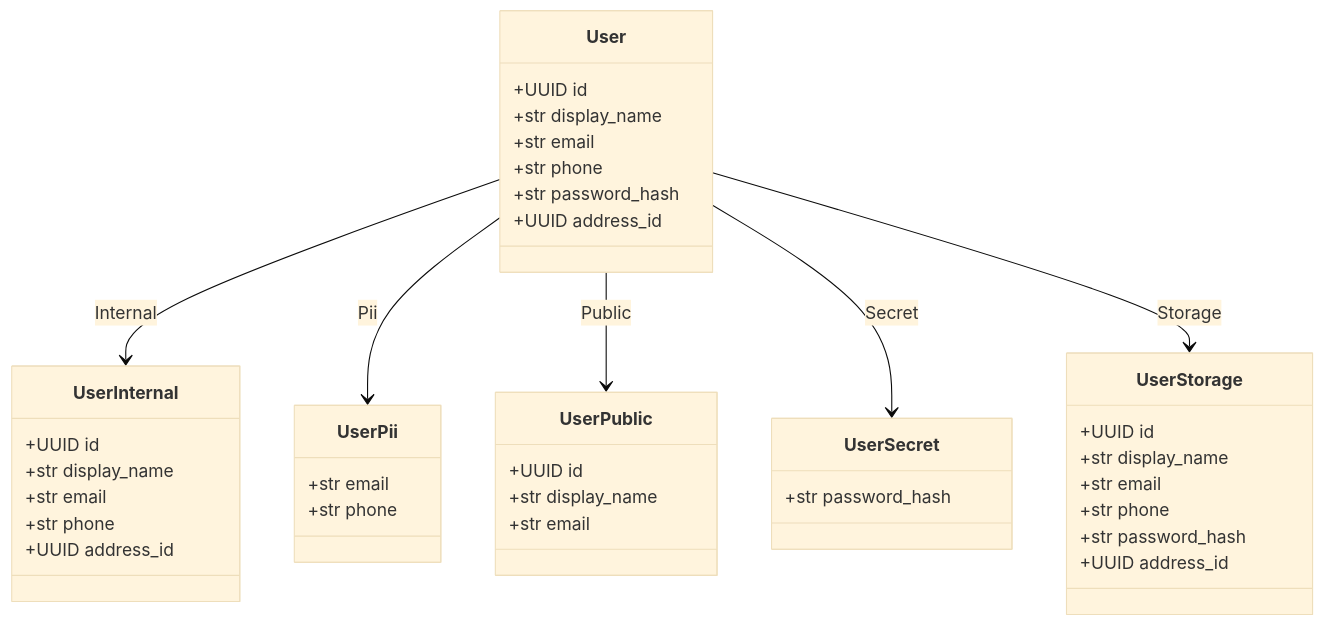
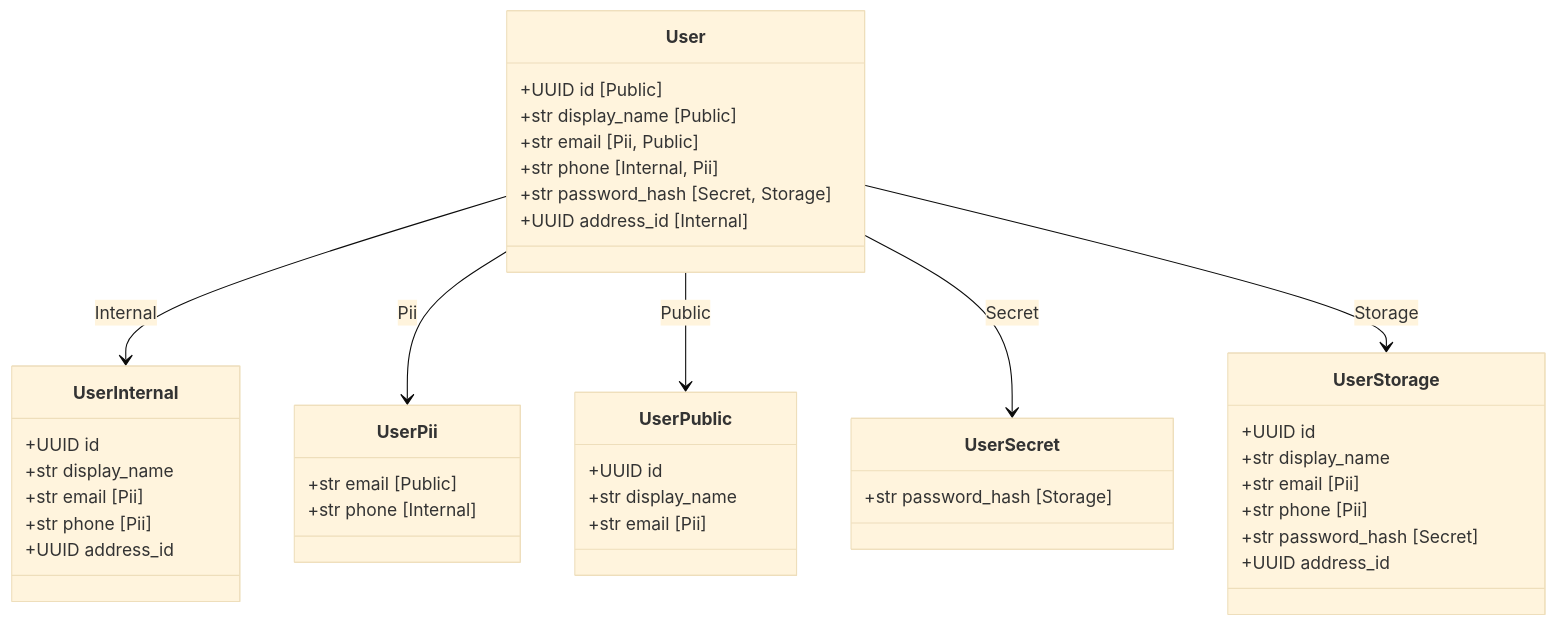
One commit to release-art/pydantic-prism changed the fifth of 6 diagrams in examples/pii_dataflow/README.md. Above: the diagram before and after it, drawn with Mermaid (base theme). The commit also changed other lines of this file and 49 other files, not shown here.

````diff
--- a/examples/pii_dataflow/README.md
+++ b/examples/pii_dataflow/README.md
@@ -164,44 +164,44 @@
 ```mermaid
 classDiagram
     direction TB
     class User {
-        +UUID id
-        +str display_name
-        +str email
-        +str phone
-        +str password_hash
-        +UUID address_id
+        +UUID id [Public]
+        +str display_name [Public]
+        +str email [Pii, Public]
+        +str phone [Internal, Pii]
+        +str password_hash [Secret, Storage]
+        +UUID address_id [Internal]
     }
     class UserInternal {
         +UUID id
         +str display_name
-        +str email
-        +str phone
+        +str email [Pii]
+        +str phone [Pii]
         +UUID address_id
     }
     class UserPii {
-        +str email
-        +str phone
+        +str email [Public]
+        +str phone [Internal]
     }
     class UserPublic {
         +UUID id
         +str display_name
-        +str email
+        +str email [Pii]
     }
     class UserSecret {
-        +str password_hash
+        +str password_hash [Storage]
     }
     class UserStorage {
         +UUID id
         +str display_name
-        +str email
-        +str phone
-        +str password_hash
+        +str email [Pii]
+        +str phone [Pii]
+        +str password_hash [Secret]
         +UUID address_id
     }
     User --> UserInternal : Internal
     User --> UserPii : Pii
     User --> UserPublic : Public
     User --> UserSecret : Secret
     User --> UserStorage : Storage
 ```
````
